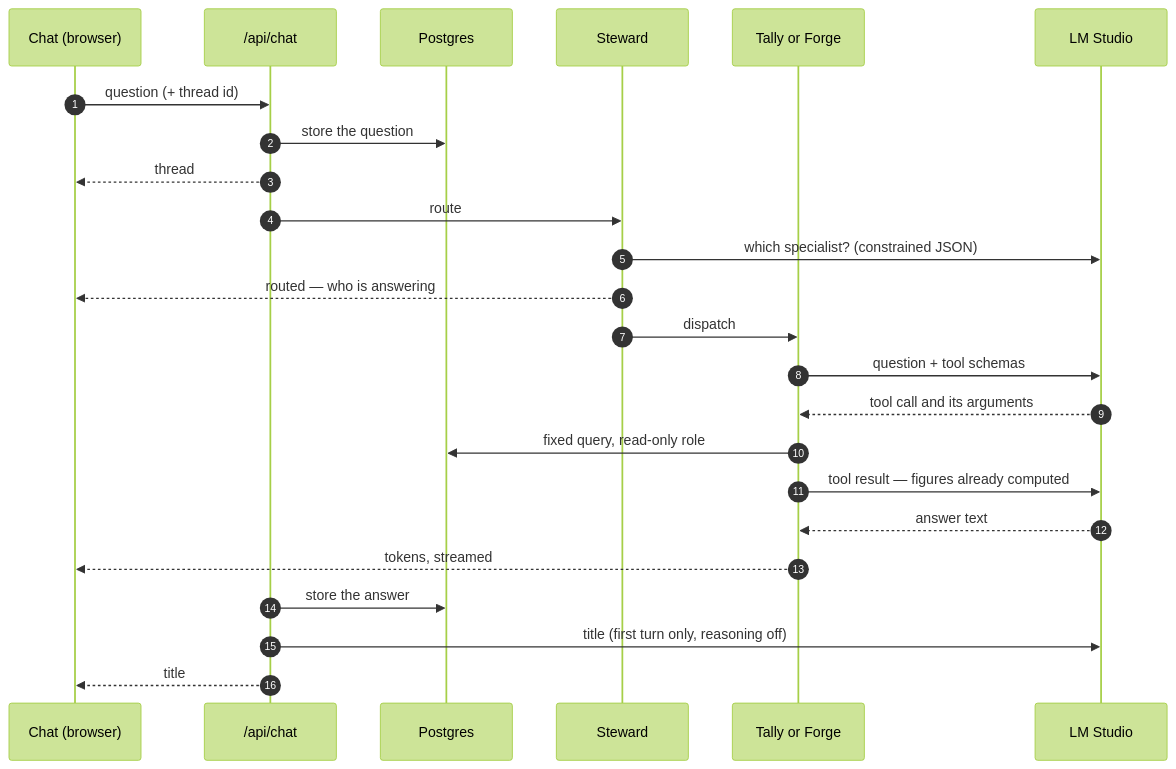
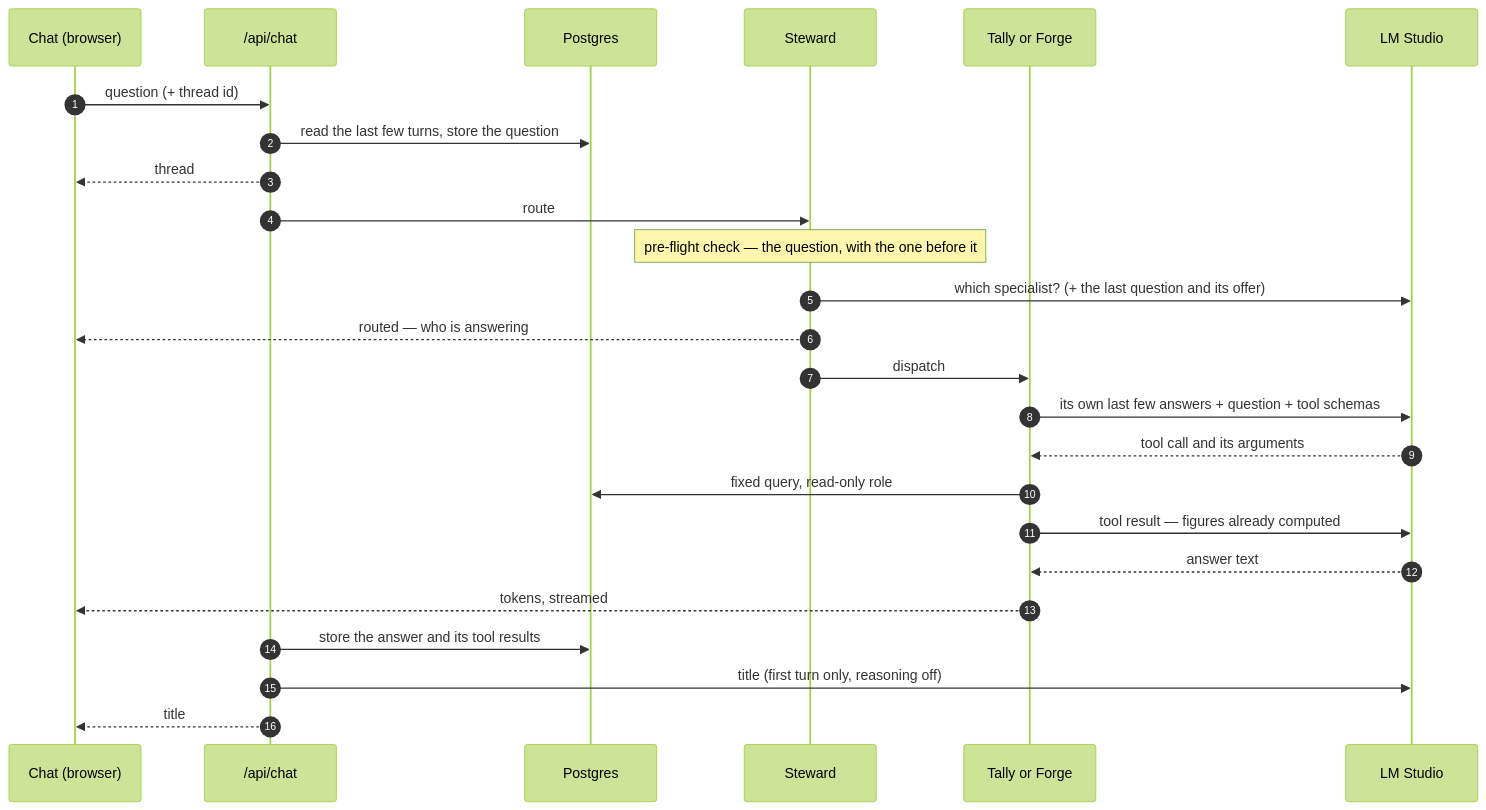
One commit to jlthompson96/Hearth changed the second of 2 diagrams in README.md. Above: the diagram before and after it, drawn with Mermaid (forest theme). The commit also changed other lines of this file and 3 other files, not shown here.

````diff
--- a/README.md
+++ b/README.md
@@ -110,27 +110,28 @@
 ```mermaid
 sequenceDiagram
   autonumber
   participant UI as Chat (browser)
   participant API as /api/chat
   participant DB as Postgres
   participant S as Steward
   participant A as Tally or Forge
   participant M as LM Studio
 
   UI->>API: question (+ thread id)
-  API->>DB: store the question
+  API->>DB: read the last few turns, store the question
   API-->>UI: thread
   API->>S: route
-  S->>M: which specialist? (constrained JSON)
+  Note over S: pre-flight check — the question, with the one before it
+  S->>M: which specialist? (+ the last question and its offer)
   S-->>UI: routed — who is answering
   S->>A: dispatch
-  A->>M: question + tool schemas
+  A->>M: its own last few answers + question + tool schemas
   M-->>A: tool call and its arguments
   A->>DB: fixed query, read-only role
   A->>M: tool result — figures already computed
   M-->>A: answer text
   A-->>UI: tokens, streamed
-  API->>DB: store the answer
+  API->>DB: store the answer and its tool results
   API->>M: title (first turn only, reasoning off)
   API-->>UI: title
 ```
````
